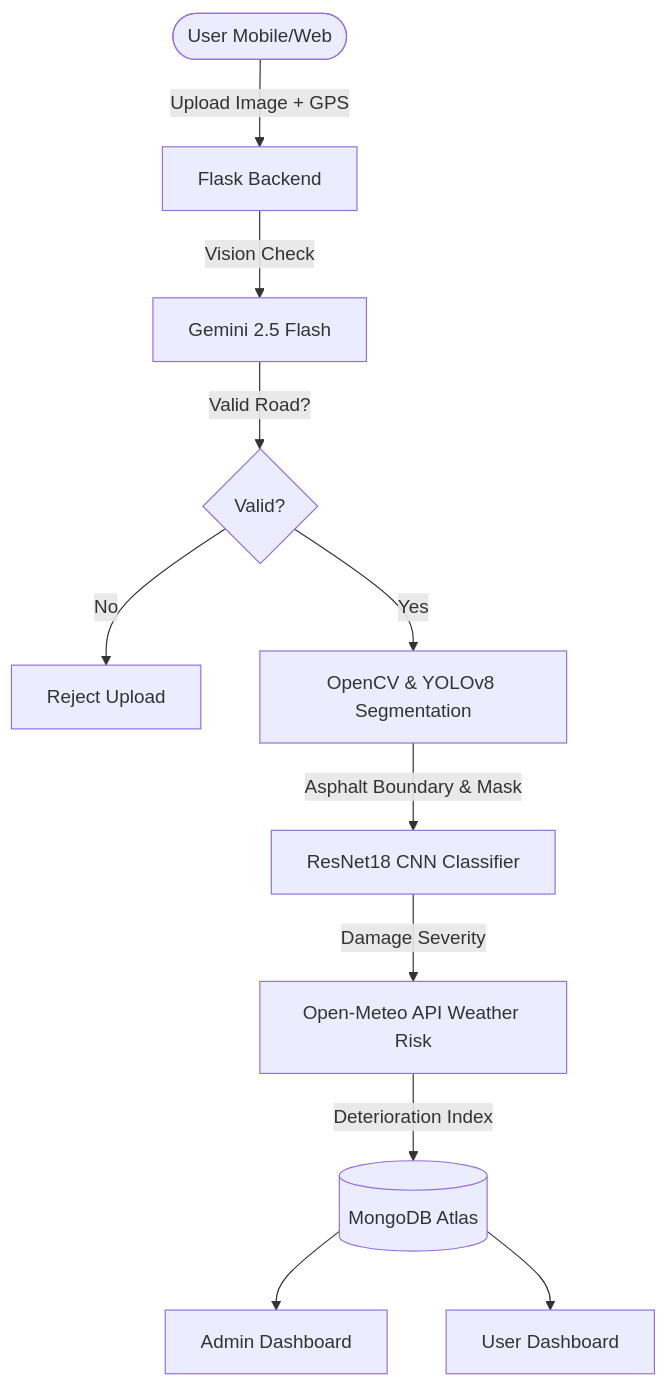
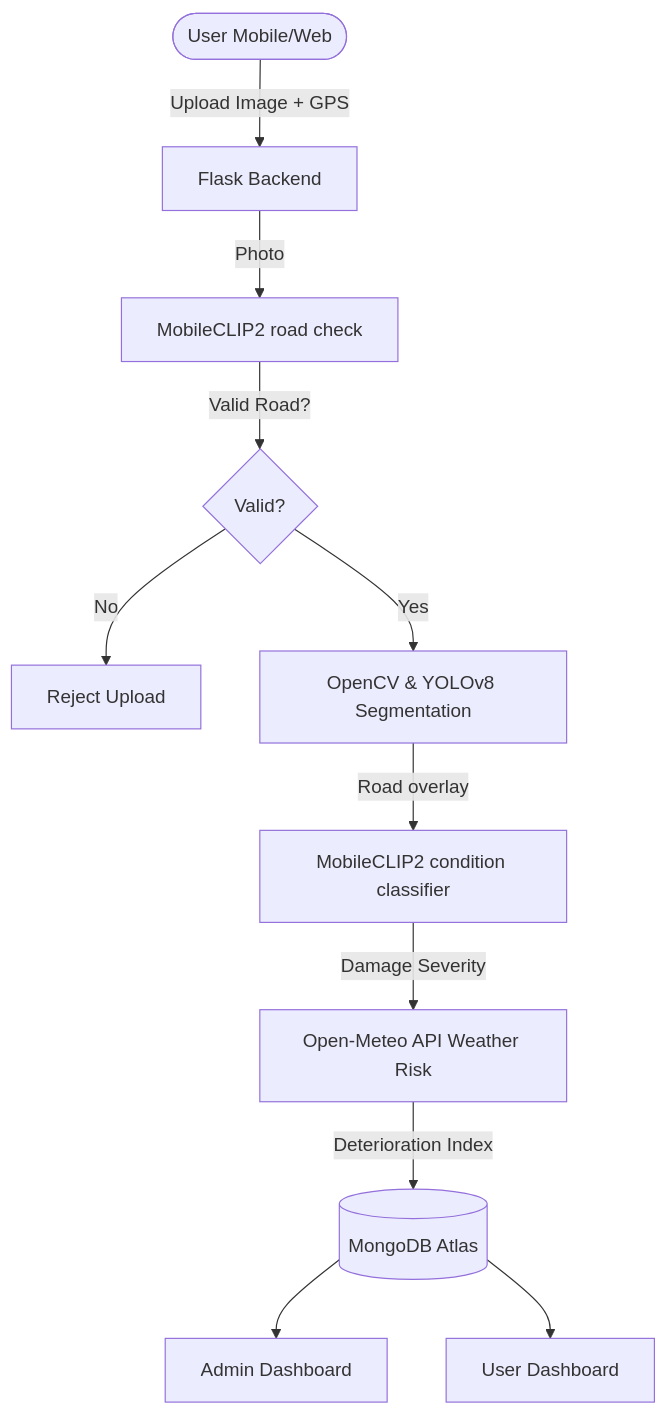
One commit to PrathamAgarwal1/Road-Damage-Detection-and-Reporting-System changed the diagram in README.md. Above: the diagram before and after it, drawn with Mermaid. The commit also changed other lines of this file and 67 other files, not shown here.

````diff
--- a/README.md
+++ b/README.md
@@ -32,13 +76,13 @@
 ```mermaid
 graph TD
     User([User Mobile/Web]) -->|Upload Image + GPS| Flask[Flask Backend]
-    Flask -->|Vision Check| Gemini[Gemini 2.5 Flash]
-    Gemini -->|Valid Road?| RouteDecide{Valid?}
+    Flask -->|Photo| CLIP[MobileCLIP2 road check]
+    CLIP -->|Valid Road?| RouteDecide{Valid?}
     RouteDecide -->|No| Reject[Reject Upload]
     RouteDecide -->|Yes| OpenCV[OpenCV & YOLOv8 Segmentation]
-    OpenCV -->|Asphalt Boundary & Mask| ResNet18[ResNet18 CNN Classifier]
-    ResNet18 -->|Damage Severity| Weather[Open-Meteo API Weather Risk]
+    OpenCV -->|Road overlay| Classifier[MobileCLIP2 condition classifier]
+    Classifier -->|Damage Severity| Weather[Open-Meteo API Weather Risk]
     Weather -->|Deterioration Index| Mongo[(MongoDB Atlas)]
     Mongo --> AdminPanel[Admin Dashboard]
     Mongo --> UserDashboard[User Dashboard]
 ```
````
